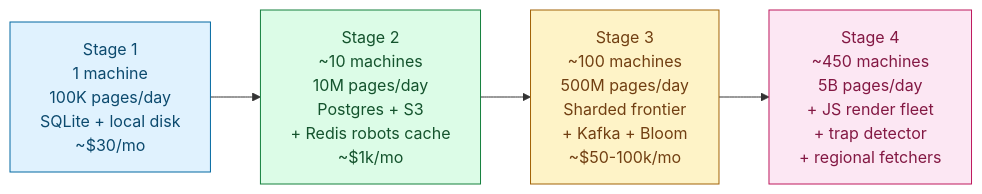
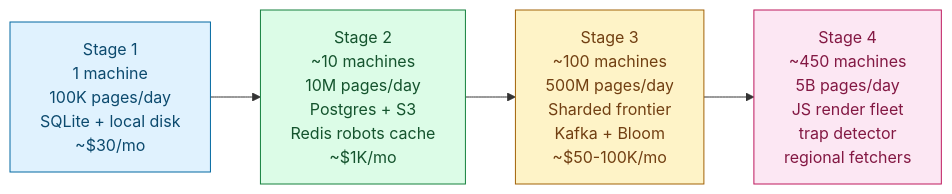
Before and after one commit to shiningflash/system-design: the fourth of 4 diagrams in problems/008-web-crawler/solution.md, drawn with Mermaid. The commit also changed other lines of this file and 37 other files, not shown here.

````diff
--- a/problems/008-web-crawler/solution.md
+++ b/problems/008-web-crawler/solution.md
@@ -406,14 +402,14 @@
 ```mermaid
 flowchart LR
     S1["Stage 1<br/>1 machine<br/>100K pages/day<br/>SQLite + local disk<br/>~$30/mo"]:::s1
-    S2["Stage 2<br/>~10 machines<br/>10M pages/day<br/>Postgres + S3<br/>+ Redis robots cache<br/>~$1k/mo"]:::s2
-    S3["Stage 3<br/>~100 machines<br/>500M pages/day<br/>Sharded frontier<br/>+ Kafka + Bloom<br/>~$50-100k/mo"]:::s3
-    S4["Stage 4<br/>~450 machines<br/>5B pages/day<br/>+ JS render fleet<br/>+ trap detector<br/>+ regional fetchers"]:::s4
+    S2["Stage 2<br/>~10 machines<br/>10M pages/day<br/>Postgres + S3<br/>Redis robots cache<br/>~$1K/mo"]:::s2
+    S3["Stage 3<br/>~100 machines<br/>500M pages/day<br/>Sharded frontier<br/>Kafka + Bloom<br/>~$50-100K/mo"]:::s3
+    S4["Stage 4<br/>~450 machines<br/>5B pages/day<br/>JS render fleet<br/>trap detector<br/>regional fetchers"]:::s4
 
     S1 --> S2 --> S3 --> S4
 
     classDef s1 fill:#e0f2fe,stroke:#0369a1,color:#0c4a6e
     classDef s2 fill:#dcfce7,stroke:#15803d,color:#14532d
     classDef s3 fill:#fef3c7,stroke:#a16207,color:#713f12
     classDef s4 fill:#fce7f3,stroke:#be185d,color:#831843
 ```
````
